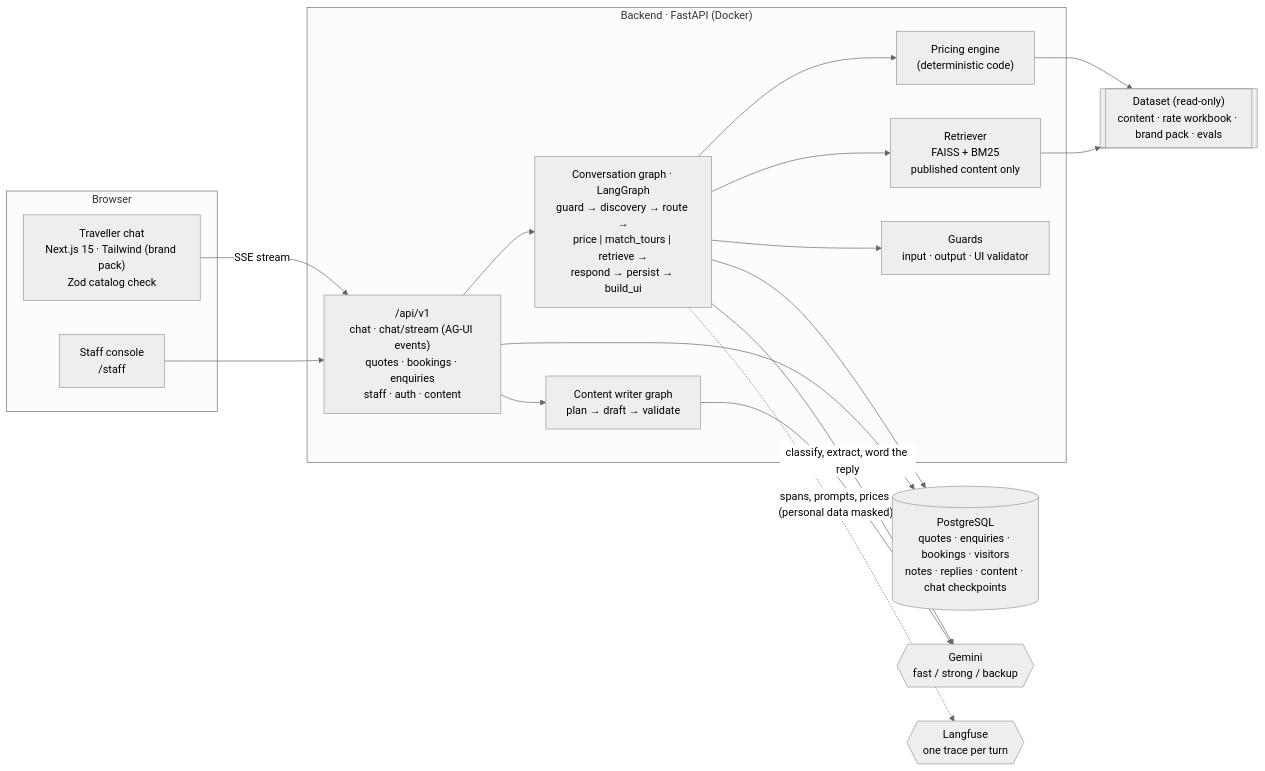
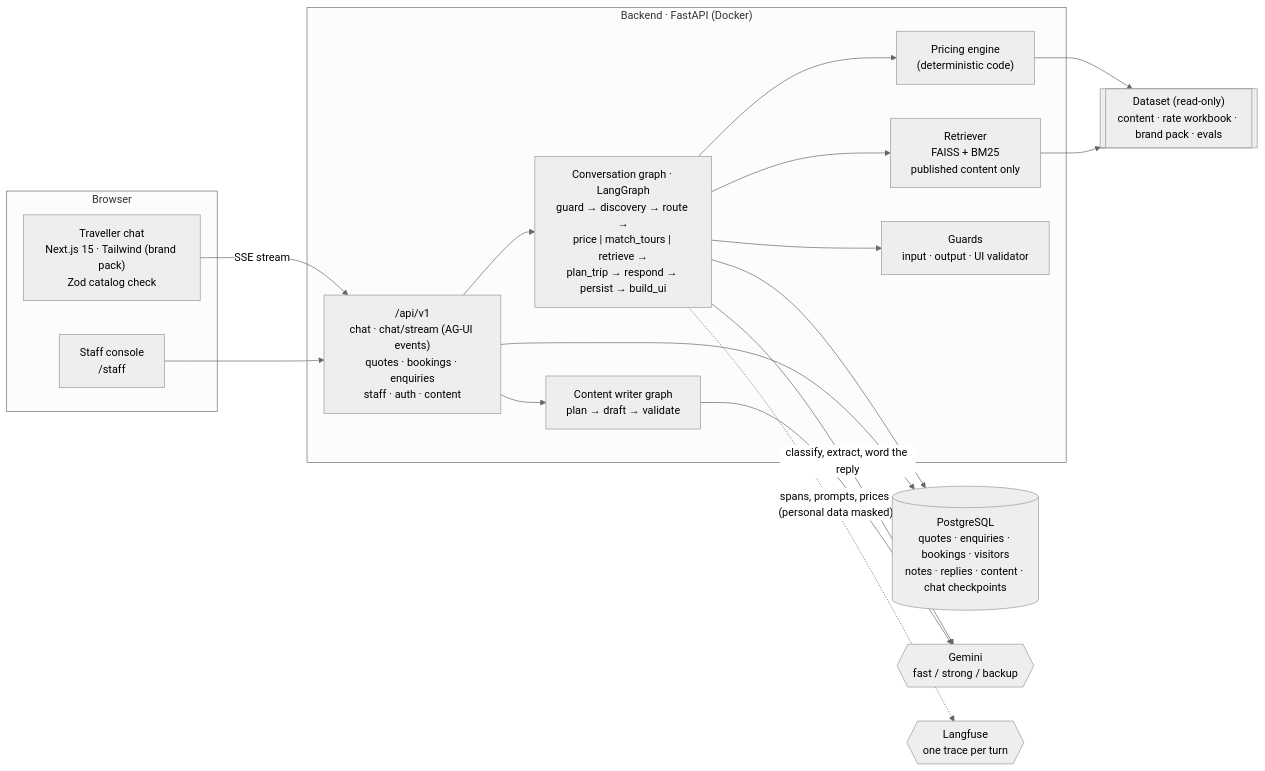
One commit to AnjanaIndrakeela/mira-travel-assistant changed the first of 2 diagrams in README.md. Above: the diagram before and after it, drawn with Mermaid (neutral theme). The commit also changed other lines of this file and 29 other files, not shown here.

````diff
--- a/README.md
+++ b/README.md
@@ -72,36 +72,36 @@
 ```mermaid
 flowchart LR
     subgraph Browser
         Chat["Traveller chat<br/>Next.js 15 · Tailwind (brand pack)<br/>Zod catalog check"]
         Staff["Staff console<br/>/staff"]
     end
 
     subgraph Backend["Backend · FastAPI (Docker)"]
         API["/api/v1<br/>chat · chat/stream (AG-UI events)<br/>quotes · bookings · enquiries<br/>staff · auth · content"]
-        Graph["Conversation graph · LangGraph<br/>guard → discovery → route →<br/>price | match_tours | retrieve →<br/>respond → persist → build_ui"]
+        Graph["Conversation graph · LangGraph<br/>guard → discovery → route →<br/>price | match_tours | retrieve →<br/>plan_trip → respond → persist → build_ui"]
         Pricing["Pricing engine<br/>(deterministic code)"]
         RAG["Retriever<br/>FAISS + BM25<br/>published content only"]
         Guards["Guards<br/>input · output · UI validator"]
         Writer["Content writer graph<br/>plan → draft → validate"]
     end
 
     DB[("PostgreSQL<br/>quotes · enquiries · bookings · visitors<br/>notes · replies · content · chat checkpoints")]
     Data[["Dataset (read-only)<br/>content · rate workbook · brand pack · evals"]]
     LLM{{"Gemini<br/>fast / strong / backup"}}
     LF{{"Langfuse<br/>one trace per turn"}}
 
     Chat -- "SSE stream" --> API
     Staff --> API
     API --> Graph
     API --> Writer
     Graph --> Guards
     Graph --> Pricing
     Graph --> RAG
     Graph -- "classify, extract, word the reply" --> LLM
     Writer --> LLM
     Pricing --> Data
     RAG --> Data
     Graph --> DB
     API --> DB
     Graph -. "spans, prompts, prices (personal data masked)" .-> LF
 ```
````
